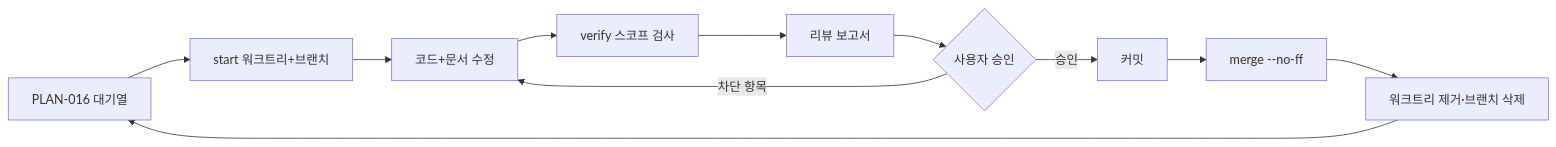
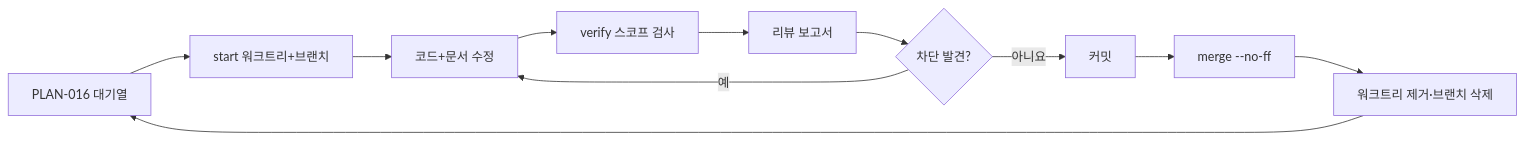
One commit to brgtovcm98/agolock changed the diagram in docs/implementation/PLAN-016-item-workflow-and-queue.md. Above: the diagram before and after it, drawn with Mermaid. The commit also changed other lines of this file and 26 other files, not shown here.

````diff
--- a/docs/implementation/PLAN-016-item-workflow-and-queue.md
+++ b/docs/implementation/PLAN-016-item-workflow-and-queue.md
@@ -39,13 +41,13 @@
 ```mermaid
 graph LR
   Q[PLAN-016 대기열] --> S[start 워크트리+브랜치]
   S --> E[코드+문서 수정]
   E --> V[verify 스코프 검사]
   V --> R[리뷰 보고서]
-  R --> G{사용자 승인}
-  G -->|차단 항목| E
-  G -->|승인| C[커밋]
+  R --> G{차단 발견?}
+  G -->|예| E
+  G -->|아니요| C[커밋]
   C --> M[merge --no-ff]
   M --> X[워크트리 제거·브랜치 삭제]
   X --> Q
 ```
````
